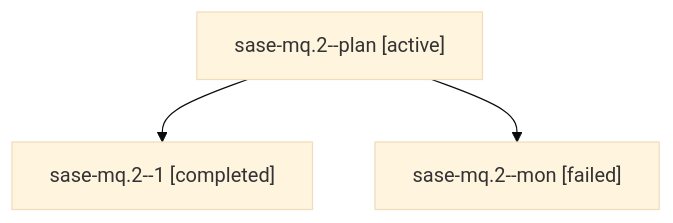
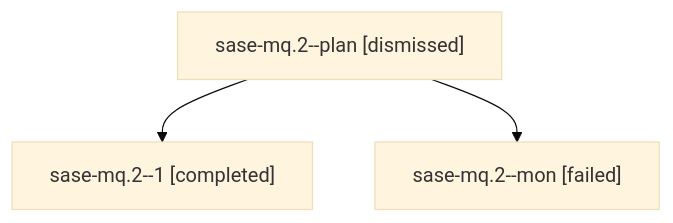
The diagram in sessions/bbugyi200.athena.sase-mq.2.md (sase-org/sase--agents), drawn with Mermaid (base theme) before and after one commit. The commit also changed other lines of this file and 128 other files, not shown here.

````diff
--- a/sessions/bbugyi200.athena.sase-mq.2.md
+++ b/sessions/bbugyi200.athena.sase-mq.2.md
@@ -9,8 +9,8 @@
 ```mermaid
 flowchart TD
-  n0["sase-mq.2--plan [active]"]
+  n0["sase-mq.2--plan [dismissed]"]
   n1["sase-mq.2--1 [completed]"]
   n0 --> n1
   n2["sase-mq.2--mon [failed]"]
   n0 --> n2
 ```
````
